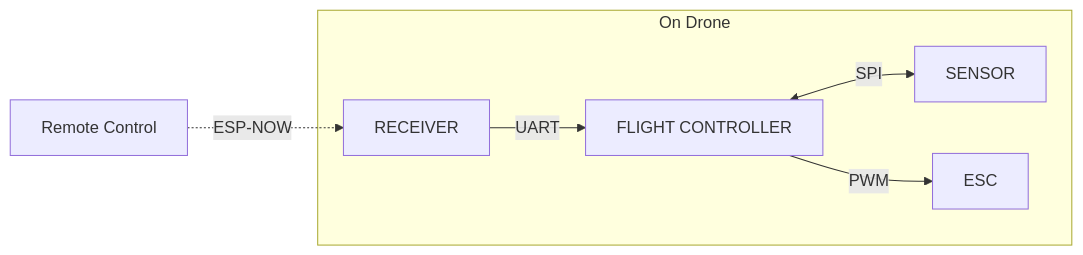
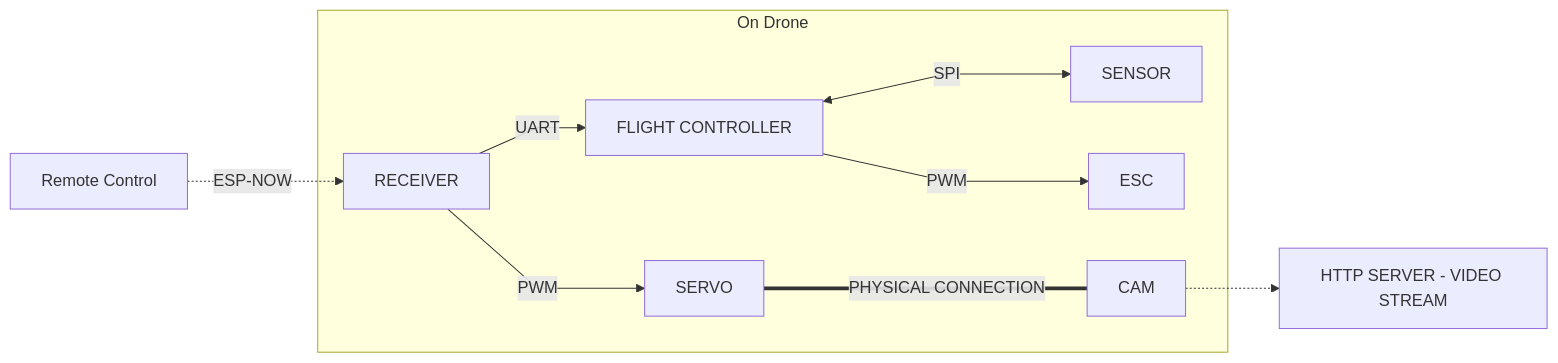
Before and after one commit to AlexWybranski/multi-mcu-drone: the diagram in README.md, drawn with Mermaid.

````diff
--- a/README.md
+++ b/README.md
@@ -16,9 +16,21 @@
 ```mermaid
 flowchart LR
-    A[Remote Control] -.->|ESP-NOW| B[RECEIVER]
+%%{init: {'themeCSS': '.edgePath .path { stroke-linejoin: colons; stroke-linecap: square; }', 'flowchart': {'curve': 'linear'}}}%%
+    A[Remote Control] 
+    B[RECEIVER]
+    C[FLIGHT CONTROLLER]
+    D[SENSOR]
+    E[ESC]
+    F[SERVO]
+    G[CAM]
+    H[HTTP SERVER - VIDEO STREAM]
+
+    A -.->|ESP-NOW| B
+    G -.-> H
     subgraph On Drone
-    B -->|UART| C[FLIGHT CONTROLLER]
-    C <-->|SPI| D[SENSOR]
-    C -->|PWM| E[ESC]
+    B -->|UART| C
+    B -->|PWM| F ===|PHYSICAL CONNECTION|G
+    C <-->|SPI| D
+    C -->|PWM| E
     end
 ```
````
